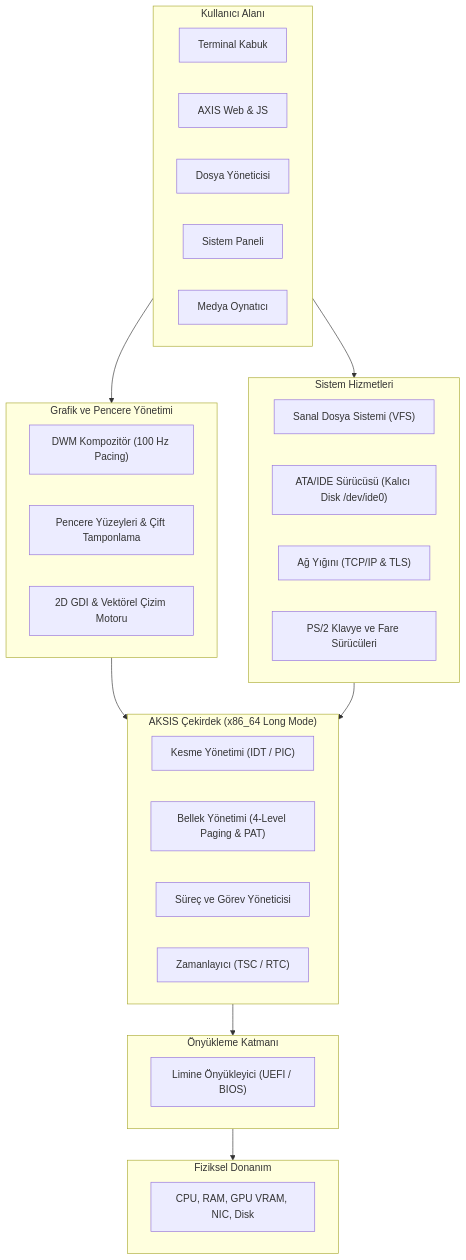
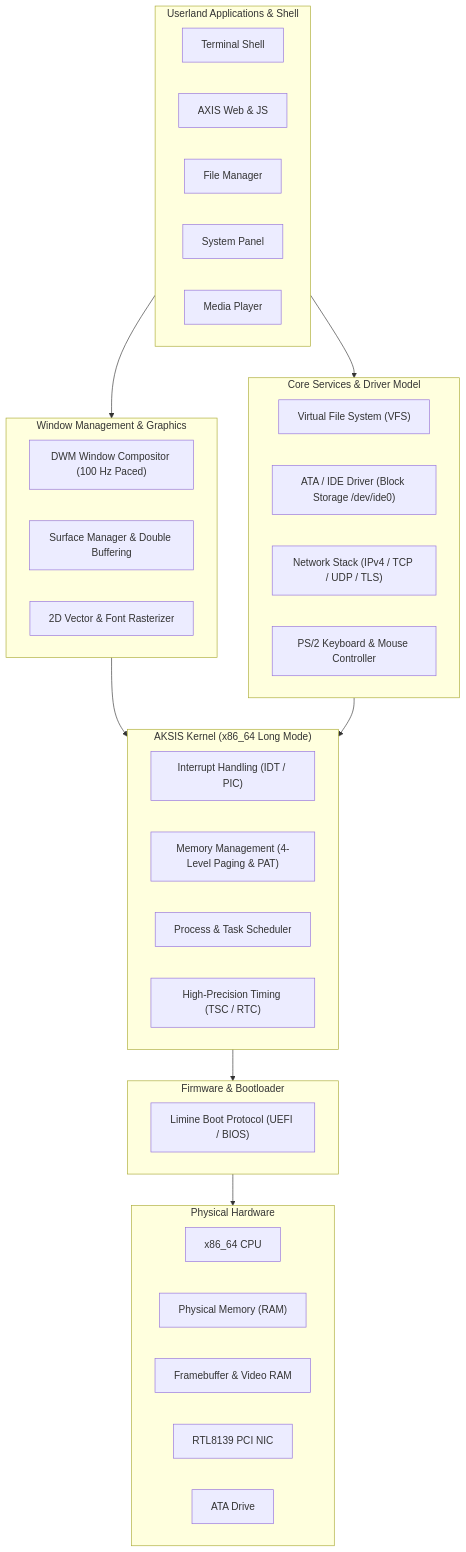
The first of 2 diagrams in README.md (aliyabuz25/AKSIS-OS), drawn with Mermaid before and after one commit. The commit also changed other lines of this file, not shown here.

Commit message:
docs: rewrite README in high-standard professional English with mermaid architecture diagrams

````diff
--- a/README.md
+++ b/README.md
@@ -38,45 +39,49 @@
 ```mermaid
 graph TD
-    subgraph Kullanici_Alani ["Kullanıcı Alanı"]
-        term["Terminal Kabuk"]
-        axis_web["AXIS Web & JS"]
-        file_mgr["Dosya Yöneticisi"]
-        sys_panel["Sistem Paneli"]
-        media_app["Medya Oynatıcı"]
+    subgraph Userland ["Userland Applications & Shell"]
+        terminal["Terminal Shell"]
+        web_app["AXIS Web & JS"]
+        file_manager["File Manager"]
+        system_mgr["System Panel"]
+        media_player["Media Player"]
     end
 
-    subgraph Grafik_Katmani ["Grafik ve Pencere Yönetimi"]
-        dwm["DWM Kompozitör (100 Hz Pacing)"]
-        surfaces["Pencere Yüzeyleri & Çift Tamponlama"]
-        gdi["2D GDI & Vektörel Çizim Motoru"]
+    subgraph Composition ["Window Management & Graphics"]
+        dwm["DWM Window Compositor (100 Hz Paced)"]
+        surfaces["Surface Manager & Double Buffering"]
+        gdi["2D Vector & Font Rasterizer"]
     end
 
-    subgraph Hizmet_Katmani ["Sistem Hizmetleri"]
-        vfs["Sanal Dosya Sistemi (VFS)"]
-        ata["ATA/IDE Sürücüsü (Kalıcı Disk /dev/ide0)"]
-        net["Ağ Yığını (TCP/IP & TLS)"]
-        input["PS/2 Klavye ve Fare Sürücüleri"]
+    subgraph Subsystems ["Core Services & Driver Model"]
+        vfs["Virtual File System (VFS)"]
+        ata_driver["ATA / IDE Driver (Block Storage /dev/ide0)"]
+        net_stack["Network Stack (IPv4 / TCP / UDP / TLS)"]
+        ps2_driver["PS/2 Keyboard & Mouse Controller"]
     end
 
-    subgraph Cekirdek ["AKSIS Çekirdek (x86_64 Long Mode)"]
-        idt["Kesme Yönetimi (IDT / PIC)"]
-        paging["Bellek Yönetimi (4-Level Paging & PAT)"]
-        sched["Süreç ve Görev Yöneticisi"]
-        tsc["Zamanlayıcı (TSC / RTC)"]
+    subgraph Kernel ["AKSIS Kernel (x86_64 Long Mode)"]
+        idt["Interrupt Handling (IDT / PIC)"]
+        mmu["Memory Management (4-Level Paging & PAT)"]
+        scheduler["Process & Task Scheduler"]
+        timers["High-Precision Timing (TSC / RTC)"]
     end
 
-    subgraph Onyukleme ["Önyükleme Katmanı"]
-        limine["Limine Önyükleyici (UEFI / BIOS)"]
+    subgraph Boot ["Firmware & Bootloader"]
+        limine["Limine Boot Protocol (UEFI / BIOS)"]
     end
 
-    subgraph Donanim ["Fiziksel Donanım"]
-        hw["CPU, RAM, GPU VRAM, NIC, Disk"]
+    subgraph Hardware ["Physical Hardware"]
+        cpu["x86_64 CPU"]
+        ram["Physical Memory (RAM)"]
+        gpu["Framebuffer & Video RAM"]
+        nic["RTL8139 PCI NIC"]
+        disk["ATA Drive"]
     end
 
-    Kullanici_Alani --> Grafik_Katmani
-    Kullanici_Alani --> Hizmet_Katmani
-    Grafik_Katmani --> Cekirdek
-    Hizmet_Katmani --> Cekirdek
-    Cekirdek --> Onyukleme
-    Onyukleme --> Donanim
+    Userland --> Composition
+    Userland --> Subsystems
+    Composition --> Kernel
+    Subsystems --> Kernel
+    Kernel --> Boot
+    Boot --> Hardware
 ```
````
